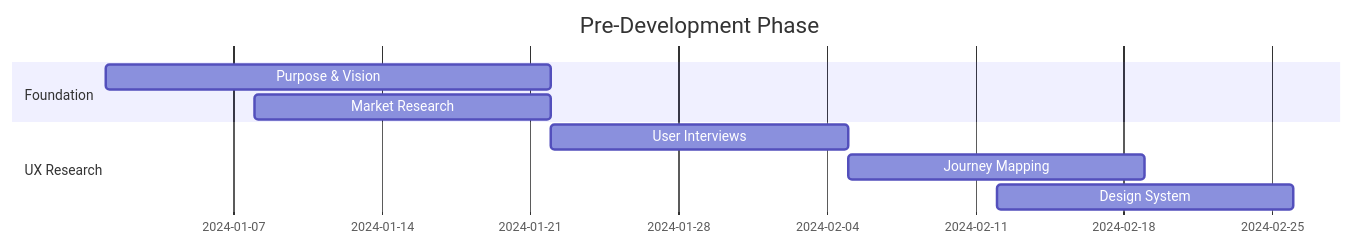
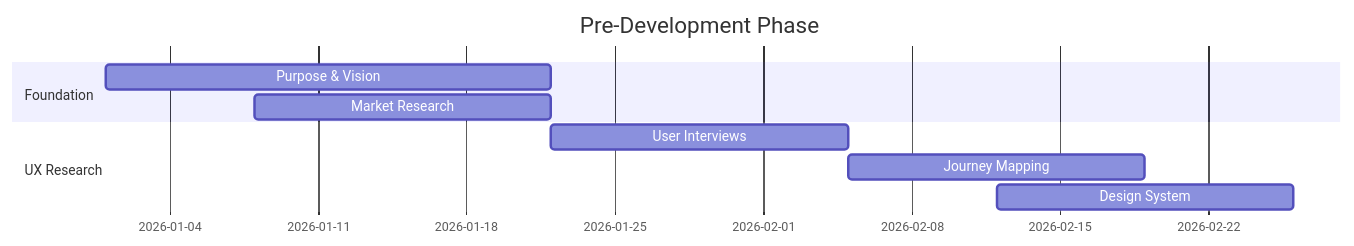
Before and after one commit to opreto/jira-monte-carlo: the sixth of 9 diagrams in docs/SAAS_PROJECT_ROADMAP.md, drawn with Mermaid. The commit also changed other lines of this file and 22 other files, not shown here.

````diff
--- a/docs/SAAS_PROJECT_ROADMAP.md
+++ b/docs/SAAS_PROJECT_ROADMAP.md
@@ -332,12 +332,12 @@
 ```mermaid
 gantt
     title Pre-Development Phase
     dateFormat  YYYY-MM-DD
     section Foundation
-    Purpose & Vision     :2024-01-01, 3w
-    Market Research      :2024-01-08, 2w
+    Purpose & Vision     :2026-01-01, 3w
+    Market Research      :2026-01-08, 2w
     section UX Research
-    User Interviews      :2024-01-22, 2w
-    Journey Mapping      :2024-02-05, 2w
-    Design System        :2024-02-12, 2w
+    User Interviews      :2026-01-22, 2w
+    Journey Mapping      :2026-02-05, 2w
+    Design System        :2026-02-12, 2w
 ```
````
